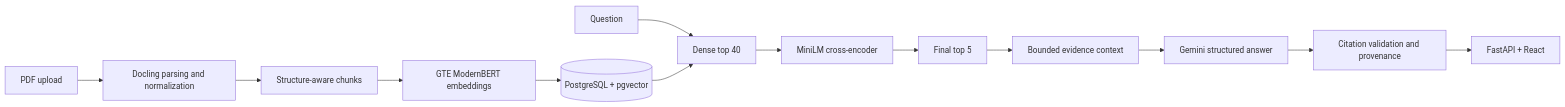
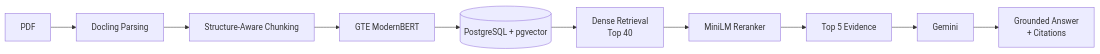
The diagram in README.md (adnanathar28/enterprise-rag), drawn with Mermaid before and after one commit. The commit also changed other lines of this file, not shown here.

````diff
--- a/README.md
+++ b/README.md
@@ -9,15 +9,12 @@
 ```mermaid
 flowchart LR
-    PDF[PDF upload] --> D[Docling parsing and normalization]
-    D --> C[Structure-aware chunks]
-    C --> G[GTE ModernBERT embeddings]
-    G --> P[(PostgreSQL + pgvector)]
-    Q[Question] --> R[Dense top 40]
-    P --> R
-    R --> M[MiniLM cross-encoder]
-    M --> T[Final top 5]
-    T --> X[Bounded evidence context]
-    X --> L[Gemini structured answer]
-    L --> V[Citation validation and provenance]
-    V --> UI[FastAPI + React]
+    A[PDF] --> B[Docling Parsing]
+    B --> C[Structure-Aware Chunking]
+    C --> D[GTE ModernBERT]
+    D --> E[(PostgreSQL + pgvector)]
+    E --> F[Dense Retrieval<br/>Top 40]
+    F --> G[MiniLM Reranker]
+    G --> H[Top 5 Evidence]
+    H --> I[Gemini]
+    I --> J[Grounded Answer<br/>+ Citations]
 ```
````
